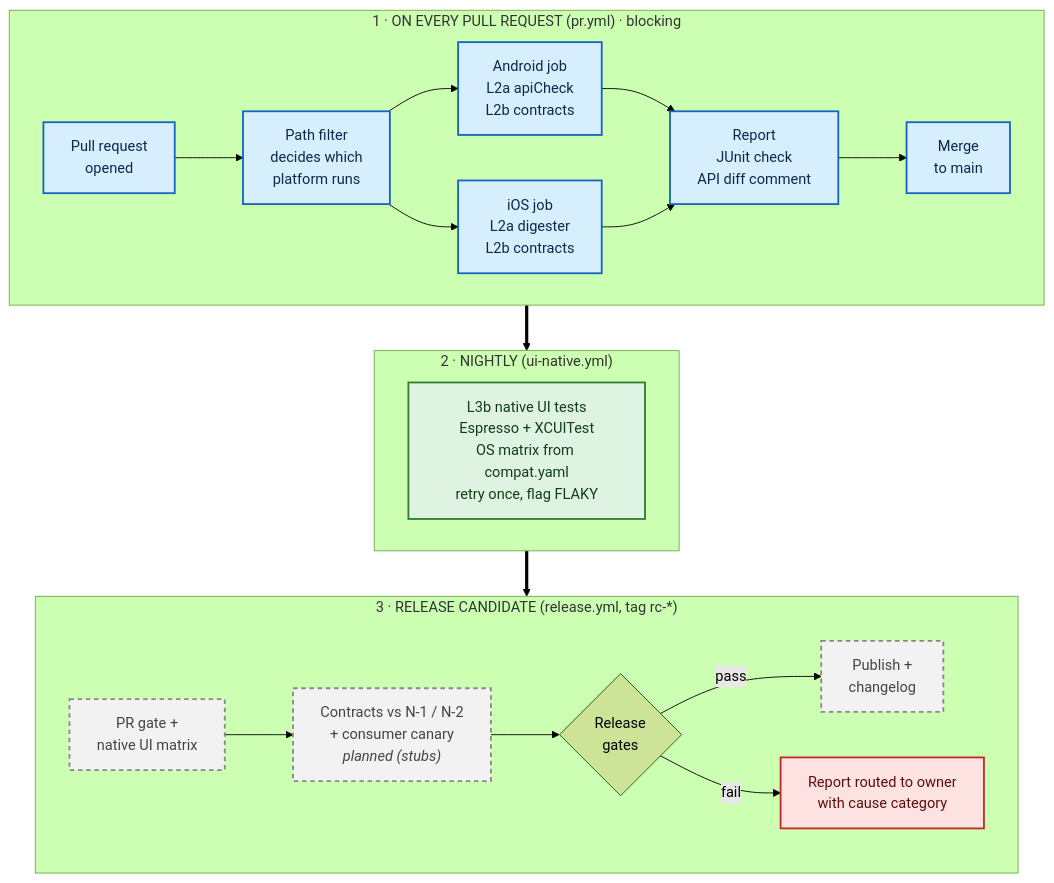
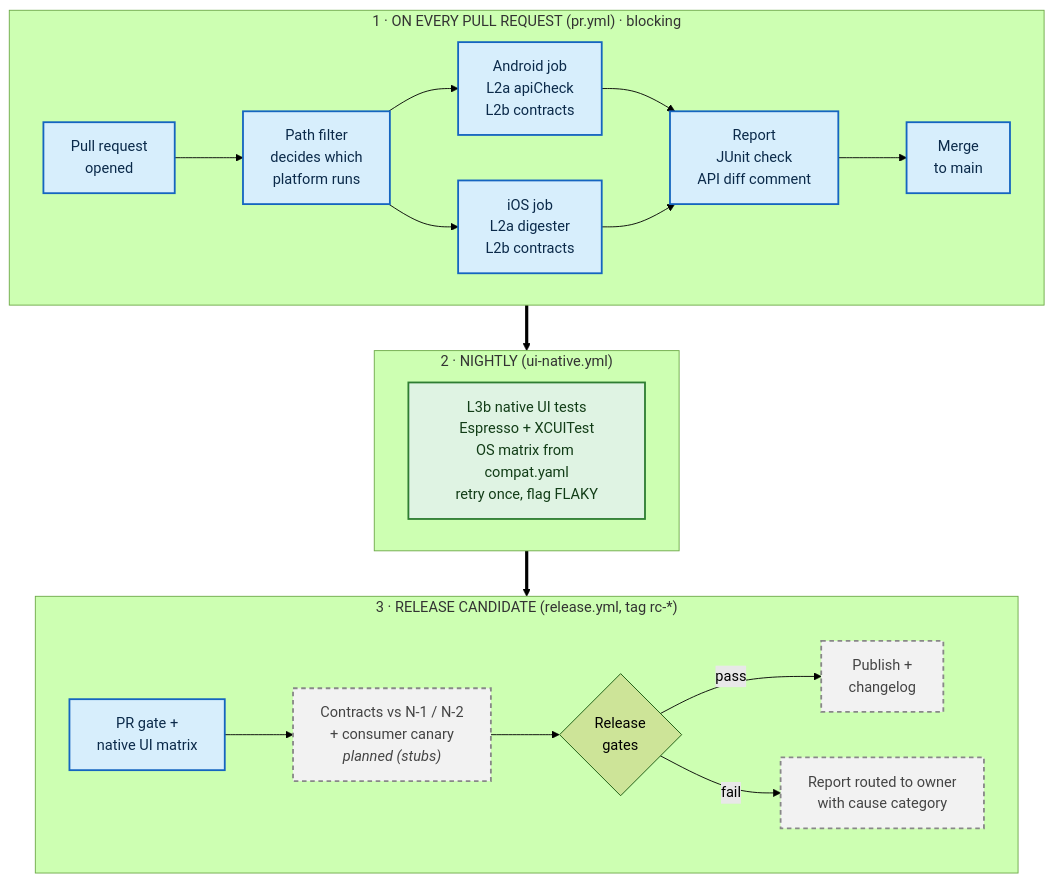
The diagram in docs/diagrams/2-ci-cd-pipeline.mmd (ricardorlg/sdk-qa-assignment), drawn with Mermaid (forest theme) before and after one commit. The commit also changed 5 other files, not shown here.

Commit message:
Docs: fix pipeline diagram styles, move architecture diagrams to section 2.1, keep headings with next block

```diff
--- a/docs/diagrams/2-ci-cd-pipeline.mmd
+++ b/docs/diagrams/2-ci-cd-pipeline.mmd
@@ -1,29 +1,27 @@
 flowchart TB
   subgraph S1["1 · ON EVERY PULL REQUEST (pr.yml) · blocking"]
     direction LR
     DEV["Pull request<br/>opened"] --> PF["Path filter<br/>decides which<br/>platform runs"]
     PF --> A["Android job<br/>L2a apiCheck<br/>L2b contracts"]
     PF --> I["iOS job<br/>L2a digester<br/>L2b contracts"]
     A --> REP["Report<br/>JUnit check<br/>API diff comment"]
     I --> REP
     REP --> MRG["Merge<br/>to main"]
   end
   subgraph S2["2 · NIGHTLY (ui-native.yml)"]
     direction LR
     NIGHT["L3b native UI tests<br/>Espresso + XCUITest<br/>OS matrix from compat.yaml<br/>retry once, flag FLAKY"]
   end
   subgraph S3["3 · RELEASE CANDIDATE (release.yml, tag rc-*)"]
     direction LR
     TAG["PR gate +<br/>native UI matrix"] --> PREV["Contracts vs N-1 / N-2<br/>+ consumer canary<br/><i>planned (stubs)</i>"] --> GATE{"Release<br/>gates"}
     GATE -->|pass| PUB["Publish +<br/>changelog"]
     GATE -->|fail| OWN["Report routed to owner<br/>with cause category"]
   end
   S1 ==> S2 ==> S3
   classDef built fill:#d7eefc,stroke:#1565c0,stroke-width:2px,color:#0b2a4a
   classDef nightly fill:#dff3e3,stroke:#2e7d32,stroke-width:2px,color:#123d17
   classDef planned fill:#f2f2f2,stroke:#888,stroke-width:2px,stroke-dasharray:5 4,color:#444
-  classDef bad fill:#fde2e2,stroke:#c62828,stroke-width:2px,color:#5a0f0f
-  class DEV,PF,A,I,REP,MRG built
+  class DEV,PF,A,I,REP,MRG,TAG built
   class NIGHT nightly
-  class TAG,PREV,PUB planned
-  class OWN bad
+  class PREV,PUB,OWN planned
```
